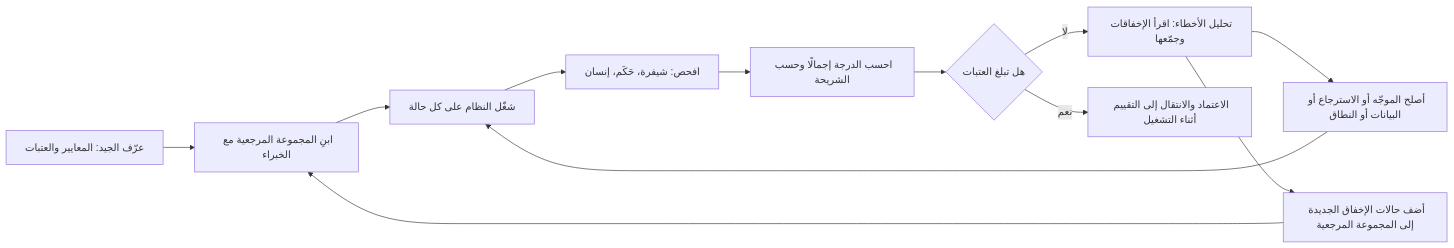
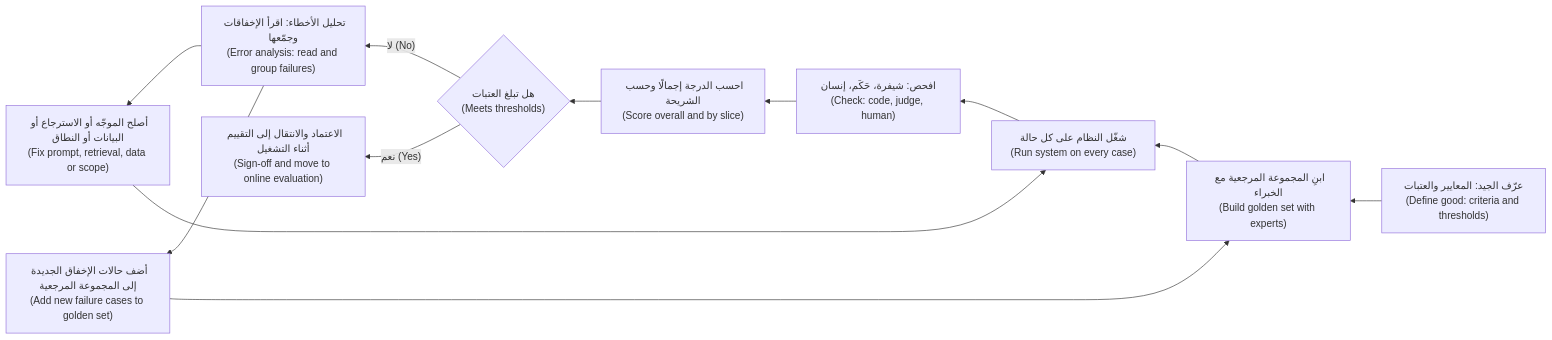
The first of 3 diagrams in aipm/modules/06-evaluation.ar.md (Tamoura/system-design-for-vibe-coders), drawn with Mermaid before and after one commit. The commit also changed other lines of this file and 9 other files, not shown here.

First line of the commit message:
AI PM course (AR): right-to-left diagrams with English labels

````diff
--- a/aipm/modules/06-evaluation.ar.md
+++ b/aipm/modules/06-evaluation.ar.md
@@ -90,14 +90,14 @@
 ```mermaid
-flowchart LR
-    A["عرّف الجيد: المعايير والعتبات"] --> B["ابنِ المجموعة المرجعية مع الخبراء"]
-    B --> C["شغّل النظام على كل حالة"]
-    C --> D["افحص: شيفرة، حَكَم، إنسان"]
-    D --> E["احسب الدرجة إجمالًا وحسب الشريحة"]
-    E --> F{"هل تبلغ العتبات"}
-    F -->|"لا"| G["تحليل الأخطاء: اقرأ الإخفاقات وجمّعها"]
-    G --> H["أصلح الموجّه أو الاسترجاع أو البيانات أو النطاق"]
+flowchart RL
+    A["عرّف الجيد: المعايير والعتبات<br/>(Define good: criteria and thresholds)"] --> B["ابنِ المجموعة المرجعية مع الخبراء<br/>(Build golden set with experts)"]
+    B --> C["شغّل النظام على كل حالة<br/>(Run system on every case)"]
+    C --> D["افحص: شيفرة، حَكَم، إنسان<br/>(Check: code, judge, human)"]
+    D --> E["احسب الدرجة إجمالًا وحسب الشريحة<br/>(Score overall and by slice)"]
+    E --> F{"هل تبلغ العتبات<br/>(Meets thresholds)"}
+    F -->|"لا (No)"| G["تحليل الأخطاء: اقرأ الإخفاقات وجمّعها<br/>(Error analysis: read and group failures)"]
+    G --> H["أصلح الموجّه أو الاسترجاع أو البيانات أو النطاق<br/>(Fix prompt, retrieval, data or scope)"]
     H --> C
-    F -->|"نعم"| I["الاعتماد والانتقال إلى التقييم أثناء التشغيل"]
-    G --> J["أضف حالات الإخفاق الجديدة إلى المجموعة المرجعية"]
+    F -->|"نعم (Yes)"| I["الاعتماد والانتقال إلى التقييم أثناء التشغيل<br/>(Sign-off and move to online evaluation)"]
+    G --> J["أضف حالات الإخفاق الجديدة إلى المجموعة المرجعية<br/>(Add new failure cases to golden set)"]
     J --> B
 ```
````
